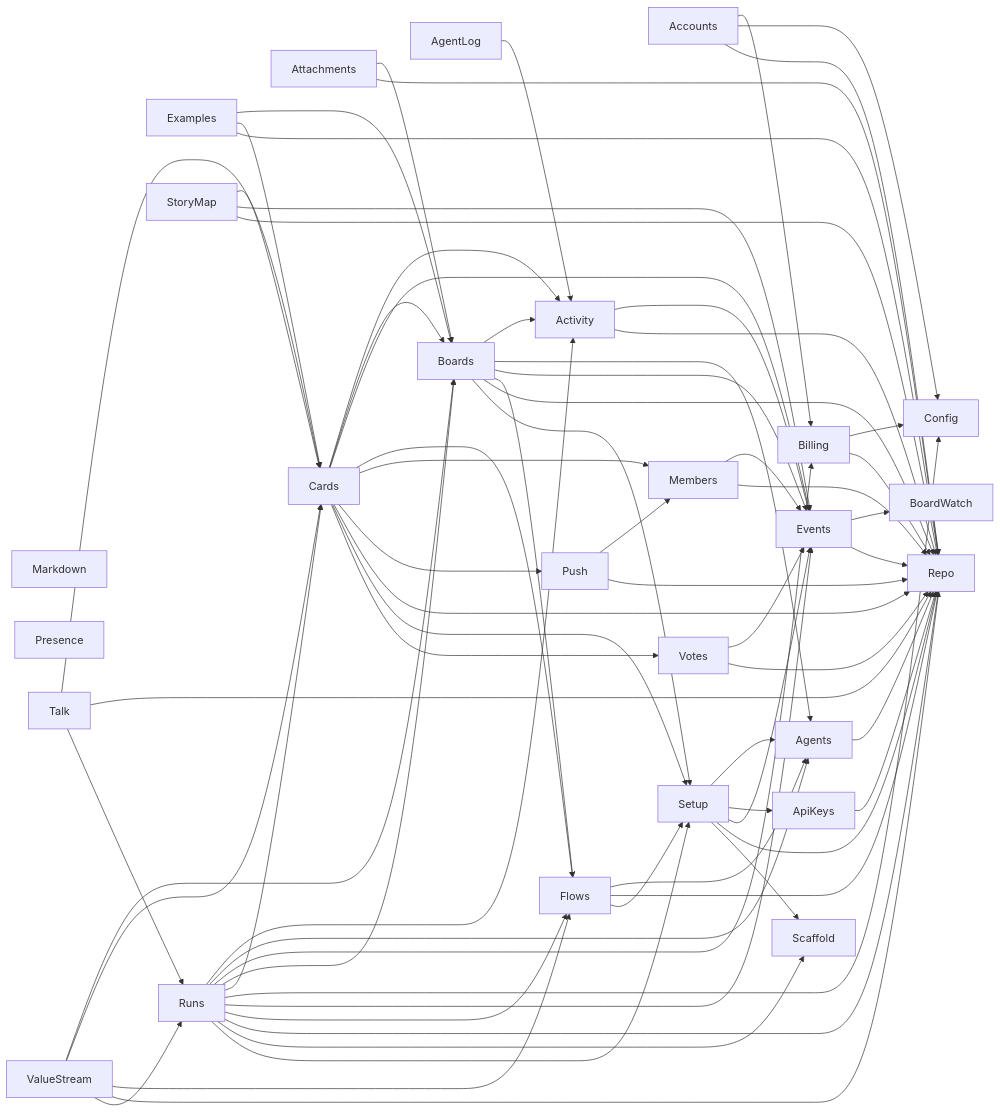
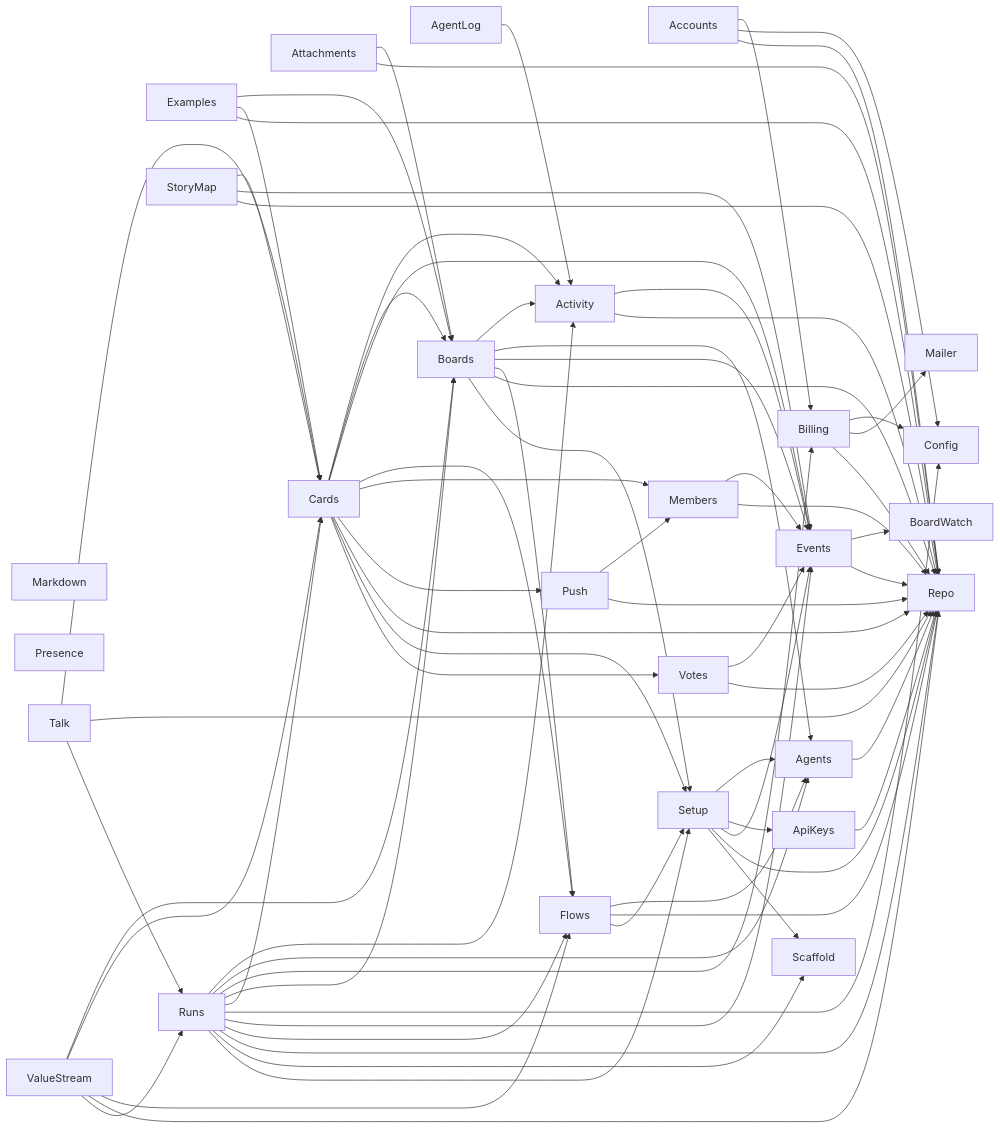
Before and after one commit to jeremylightsmith/relay: the second of 2 diagrams in docs/architecture/deps.md, drawn with Mermaid. The commit also changed other lines of this file and 31 other files, not shown here.

````diff
--- a/docs/architecture/deps.md
+++ b/docs/architecture/deps.md
@@ -29,73 +29,74 @@
 ```mermaid
 flowchart LR
     Markdown
     Presence
     Accounts --> Billing
     Accounts --> Config
     Accounts --> Repo
     Activity --> Events
     Activity --> Repo
     AgentLog --> Activity
     Agents --> Repo
     ApiKeys --> Repo
     Attachments --> Boards
     Attachments --> Repo
     Billing --> Config
+    Billing --> Mailer
     Billing --> Repo
     Boards --> Activity
     Boards --> Agents
     Boards --> Events
     Boards --> Flows
     Boards --> Repo
     Boards --> Setup
     Cards --> Activity
     Cards --> Boards
     Cards --> Events
     Cards --> Flows
     Cards --> Members
     Cards --> Push
     Cards --> Repo
     Cards --> Setup
     Cards --> Votes
     Events --> BoardWatch
     Events --> Repo
     Examples --> Boards
     Examples --> Cards
     Examples --> Repo
     Flows --> Agents
     Flows --> Repo
     Flows --> Setup
     Members --> Events
     Members --> Repo
     Push --> Members
     Push --> Repo
     Runs --> Activity
     Runs --> Agents
     Runs --> Billing
     Runs --> Boards
     Runs --> Cards
     Runs --> Config
     Runs --> Events
     Runs --> Flows
     Runs --> Repo
     Runs --> Scaffold
     Runs --> Setup
     Setup --> Agents
     Setup --> ApiKeys
     Setup --> Events
     Setup --> Repo
     Setup --> Scaffold
     StoryMap --> Cards
     StoryMap --> Events
     StoryMap --> Repo
     Talk --> Cards
     Talk --> Repo
     Talk --> Runs
     ValueStream --> Boards
     ValueStream --> Cards
     ValueStream --> Flows
     ValueStream --> Repo
     ValueStream --> Runs
     Votes --> Events
     Votes --> Repo
 ```
````
